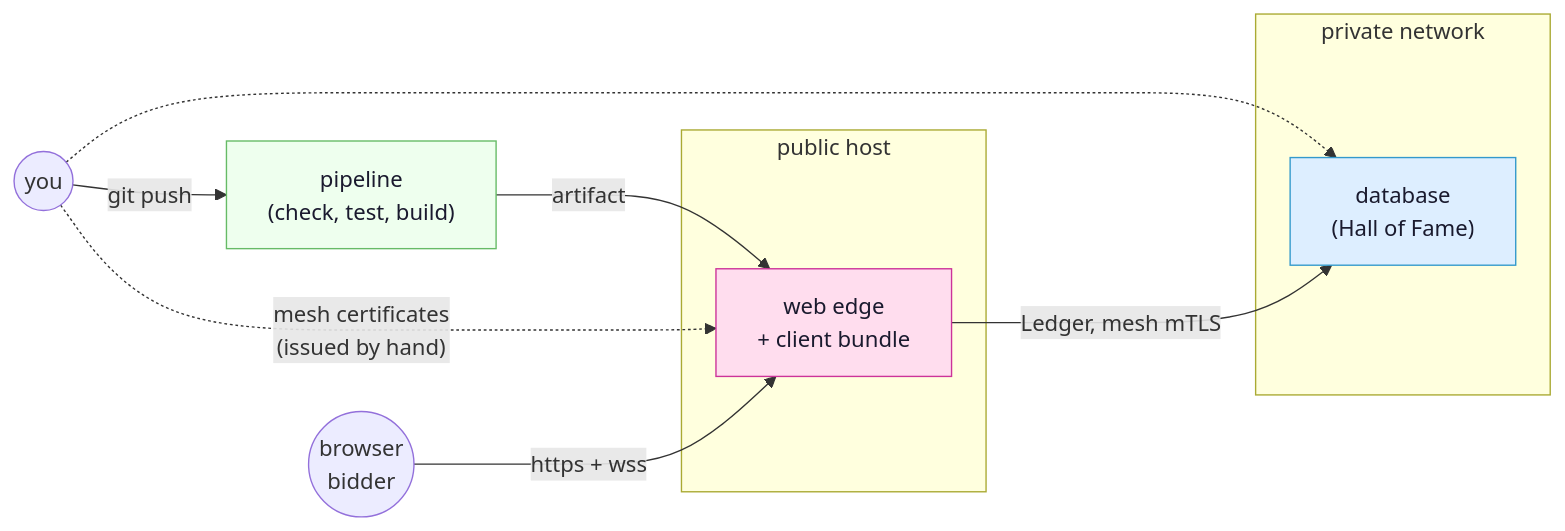
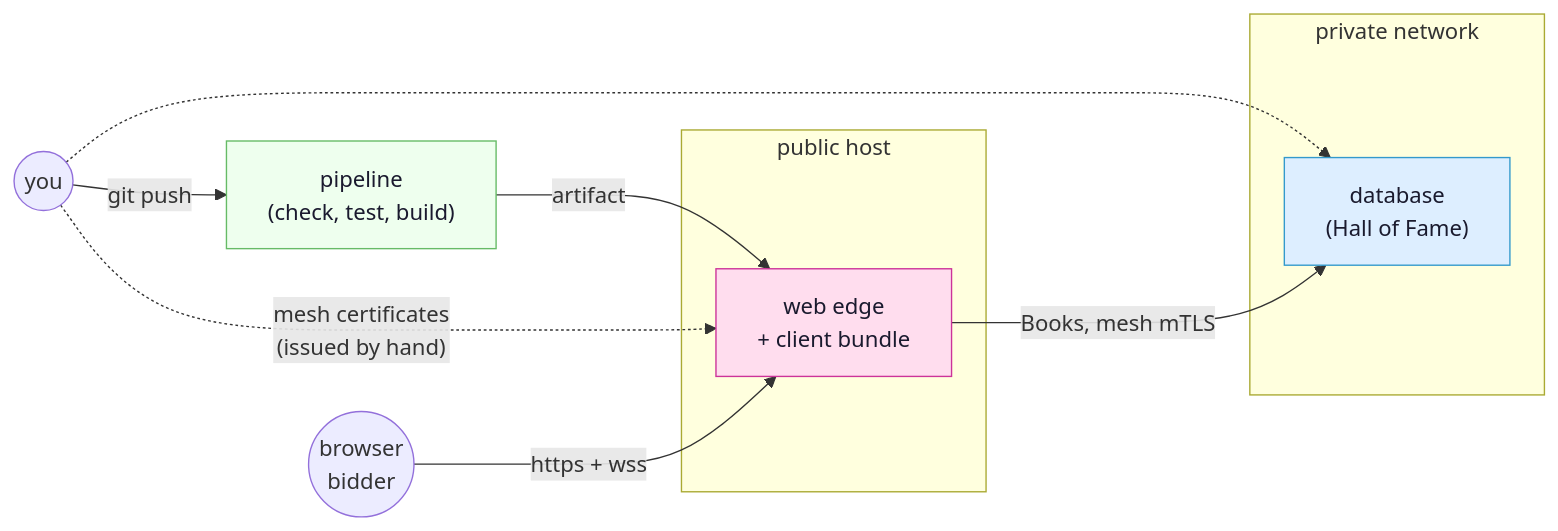
The diagram in docs/tutorial-ship.md (Kidev/SynQt), drawn with Mermaid before and after one commit. The commit also changed other lines of this file and 3 other files, not shown here.

````diff
--- a/docs/tutorial-ship.md
+++ b/docs/tutorial-ship.md
@@ -25,21 +23,21 @@
 ```mermaid
 flowchart LR
   dev(("you"))
   dev -->|"git push"| ci
   ci["<span style='color:#1a1a2e'>pipeline<br/>(check, test, build)</span>"]
   ci -->|"artifact"| edgehost
   dev -.->|"mesh certificates<br/>(issued by hand)"| edgehost
   dev -.-> dbhost
   user(("browser<br/>bidder"))
   user -->|"https + wss"| edgehost
   subgraph public["public host"]
     edgehost["<span style='color:#1a1a2e'>web edge<br/>+ client bundle</span>"]
   end
   subgraph private["private network"]
     dbhost["<span style='color:#1a1a2e'>database<br/>(Hall of Fame)</span>"]
   end
-  edgehost -->|"Ledger, mesh mTLS"| dbhost
+  edgehost -->|"Books, mesh mTLS"| dbhost
   style ci fill:#efe,stroke:#6b6,color:#1a1a2e
   style edgehost fill:#fde,stroke:#c39,color:#1a1a2e
   style dbhost fill:#def,stroke:#39c,color:#1a1a2e
 ```
````
